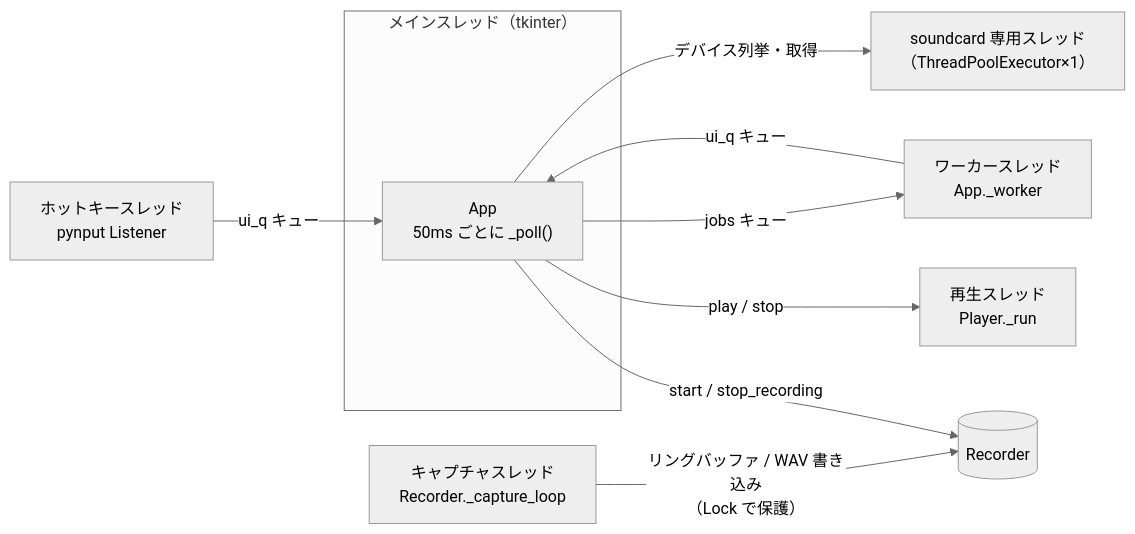
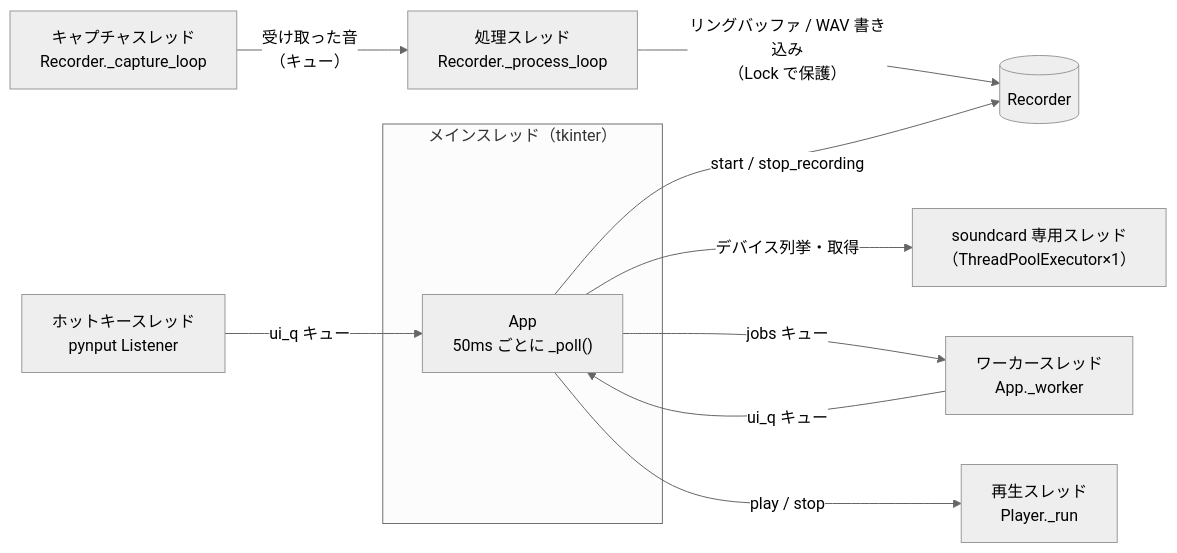
One commit to hueru/AniSamplingMaster changed the first of 2 diagrams in docs/TECHNICAL.md. Above: the diagram before and after it, drawn with Mermaid (neutral theme). The commit also changed other lines of this file and 2 other files, not shown here.

````diff
--- a/docs/TECHNICAL.md
+++ b/docs/TECHNICAL.md
@@ -77,19 +77,21 @@
 ```mermaid
 flowchart LR
     subgraph Main["メインスレッド（tkinter）"]
         GUI["App<br/>50ms ごとに _poll()"]
     end
     SC["soundcard 専用スレッド<br/>（ThreadPoolExecutor×1）"]
     CAP["キャプチャスレッド<br/>Recorder._capture_loop"]
+    PRC["処理スレッド<br/>Recorder._process_loop"]
     WK["ワーカースレッド<br/>App._worker"]
     PL["再生スレッド<br/>Player._run"]
     HK["ホットキースレッド<br/>pynput Listener"]
 
     GUI -- "デバイス列挙・取得" --> SC
-    CAP -- "リングバッファ / WAV 書き込み<br/>（Lock で保護）" --> REC[("Recorder")]
+    CAP -- "受け取った音<br/>（キュー）" --> PRC
+    PRC -- "リングバッファ / WAV 書き込み<br/>（Lock で保護）" --> REC[("Recorder")]
     GUI -- "start / stop_recording" --> REC
     GUI -- "jobs キュー" --> WK
     WK -- "ui_q キュー" --> GUI
     HK -- "ui_q キュー" --> GUI
     GUI -- "play / stop" --> PL
 ```
````
